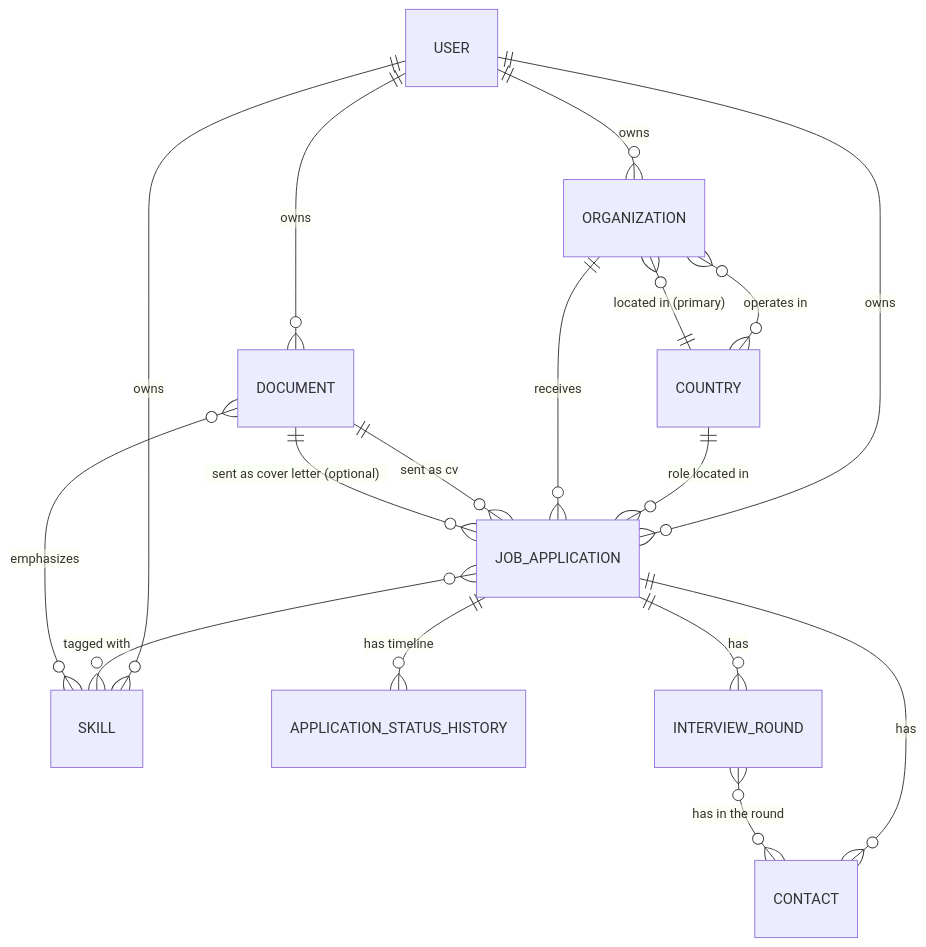
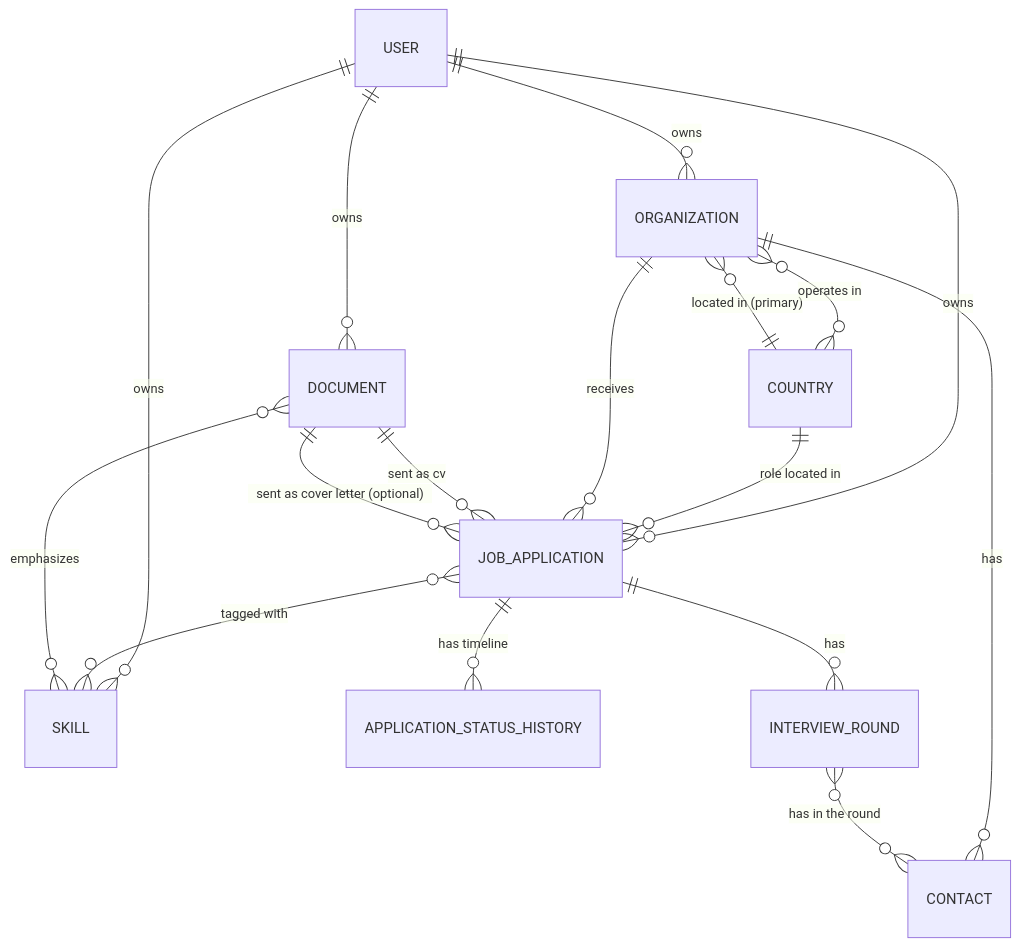
Before and after one commit to mihai2000q/CvTracker: the diagram in docs/01-domain-model.md, drawn with Mermaid. The commit also changed other lines of this file and 2 other files, not shown here.

Commit message:
Documentation - sync changes related to contact and organization

````diff
--- a/docs/01-domain-model.md
+++ b/docs/01-domain-model.md
@@ -192,19 +196,19 @@
 ```mermaid
 erDiagram
     USER ||--o{ ORGANIZATION : "owns"
     USER ||--o{ DOCUMENT : "owns"
     USER ||--o{ SKILL : "owns"
     USER ||--o{ JOB_APPLICATION : "owns"
     COUNTRY ||--o{ ORGANIZATION : "located in (primary)"
     COUNTRY ||--o{ JOB_APPLICATION : "role located in"
     ORGANIZATION }o--o{ COUNTRY : "operates in"
     ORGANIZATION ||--o{ JOB_APPLICATION : "receives"
     DOCUMENT ||--o{ JOB_APPLICATION : "sent as cv"
     DOCUMENT ||--o{ JOB_APPLICATION : "sent as cover letter (optional)"
     JOB_APPLICATION ||--o{ APPLICATION_STATUS_HISTORY : "has timeline"
-    JOB_APPLICATION ||--o{ CONTACT : "has"
+    ORGANIZATION ||--o{ CONTACT : "has"
     JOB_APPLICATION ||--o{ INTERVIEW_ROUND : "has"
     INTERVIEW_ROUND }o--o{ CONTACT : "has in the round"
     JOB_APPLICATION }o--o{ SKILL : "tagged with"
     DOCUMENT }o--o{ SKILL : "emphasizes"
 ```
````
